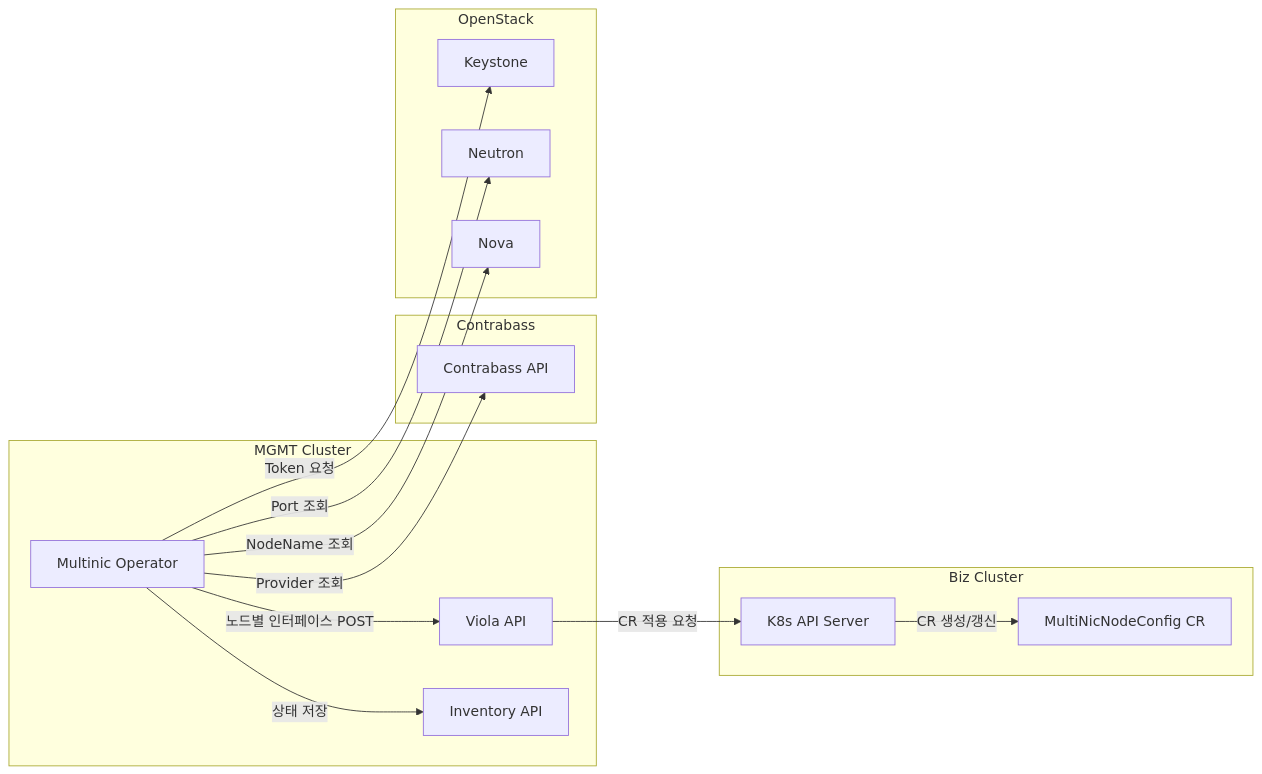
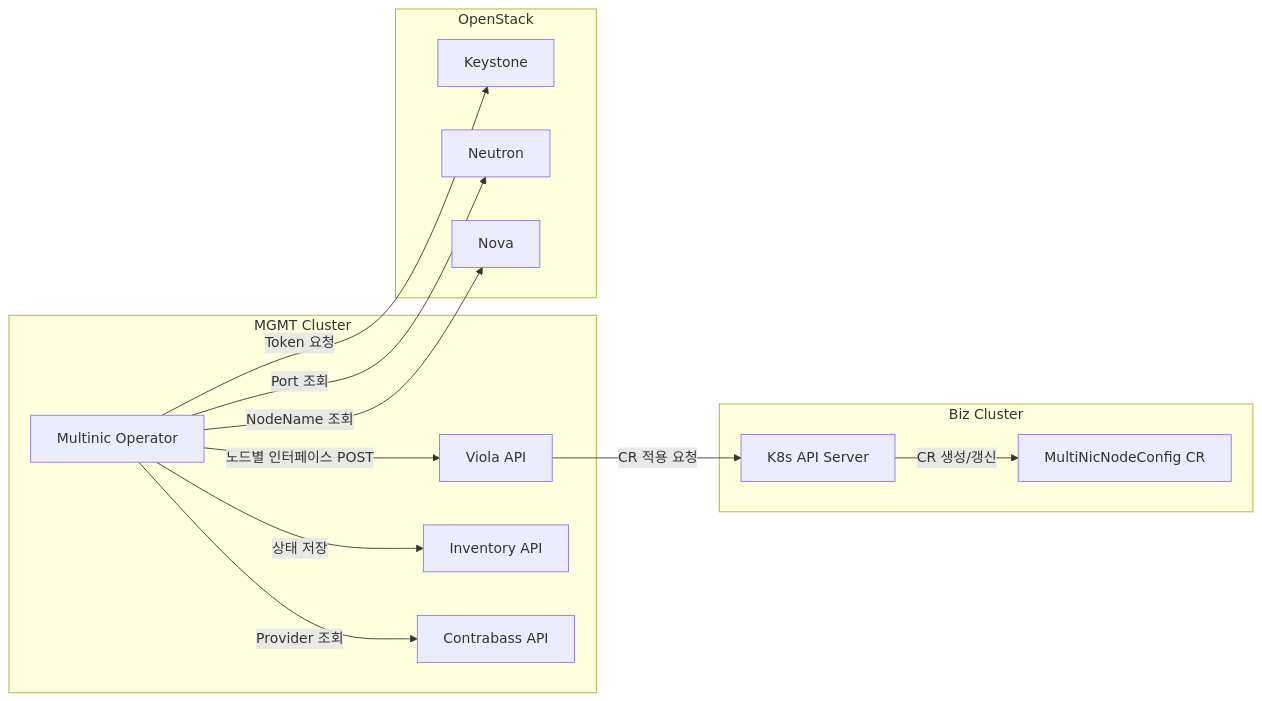
The first of 2 diagrams in README.md (Minzino/multi-network-interface-operator), drawn with Mermaid before and after one commit. The commit also changed other lines of this file, not shown here.

Commit message:
docs: place contrabass in mgmt cluster

````diff
--- a/README.md
+++ b/README.md
@@ -98,32 +98,29 @@
 ```mermaid
 flowchart LR
   subgraph MGMT["MGMT Cluster"]
     OP[Multinic Operator]
     VA[Viola API]
     INV[Inventory API]
-  end
-
-  subgraph CB["Contrabass"]
     CAPI[Contrabass API]
   end
 
   subgraph OS["OpenStack"]
     KS[Keystone]
     NE[Neutron]
     NO[Nova]
   end
 
   subgraph BIZ["Biz Cluster"]
     KAPI[K8s API Server]
     CR[MultiNicNodeConfig CR]
   end
 
   OP -->|Provider 조회| CAPI
   OP -->|Token 요청| KS
   OP -->|Port 조회| NE
   OP -->|NodeName 조회| NO
   OP -->|노드별 인터페이스 POST| VA
   VA -->|CR 적용 요청| KAPI
   KAPI -->|CR 생성/갱신| CR
   OP -->|상태 저장| INV
 ```
````
